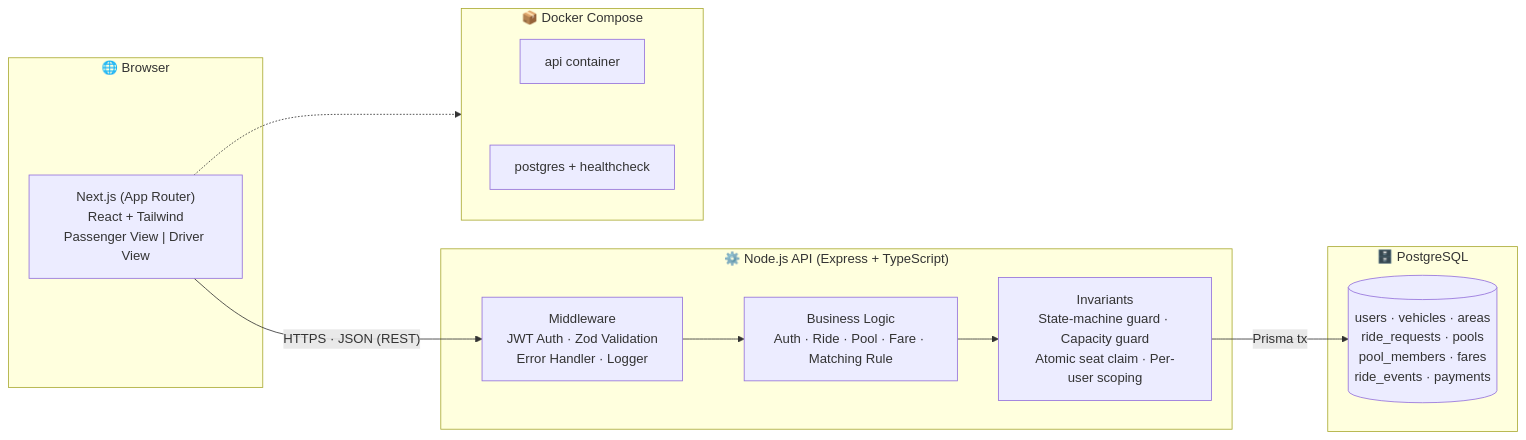
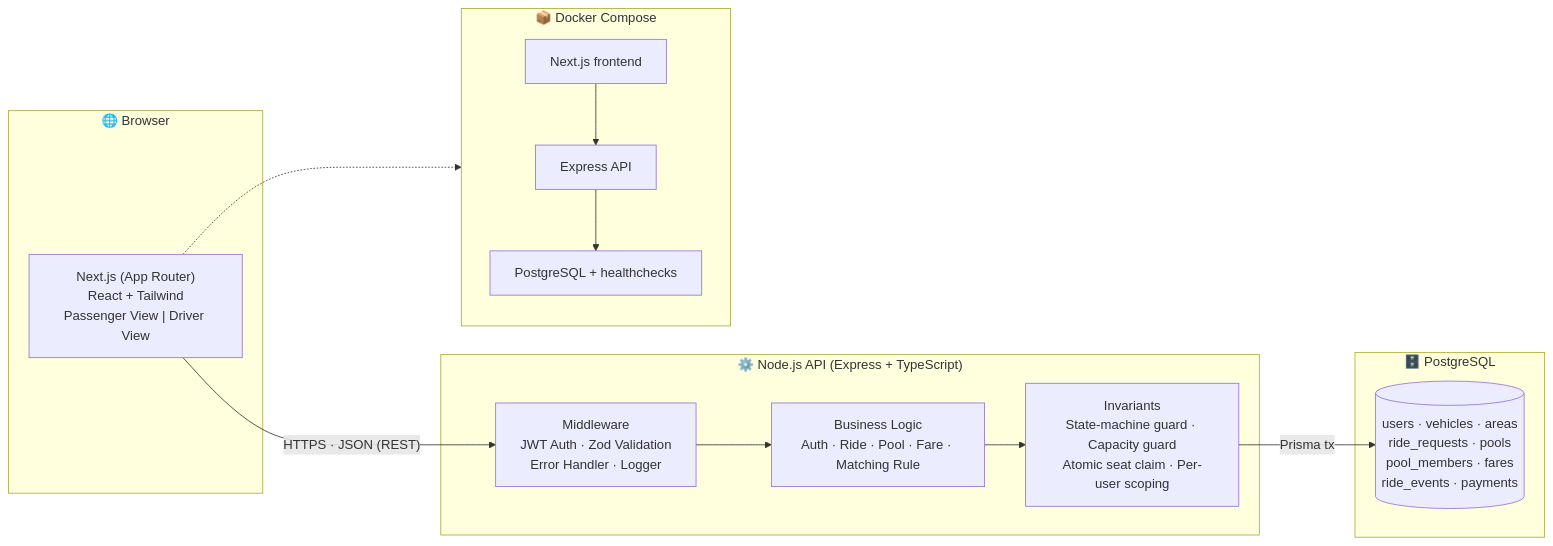
The first of 4 diagrams in README.md (Saiful1253/Dhaka-Tasla-Task), drawn with Mermaid before and after one commit. The commit also changed other lines of this file and 77 other files, not shown here.

````diff
--- a/README.md
+++ b/README.md
@@ -80,26 +88,26 @@
 ```mermaid
 flowchart LR
     subgraph Client["🌐 Browser"]
         UI["Next.js (App Router)\nReact + Tailwind\nPassenger View | Driver View"]
     end
 
     subgraph Server["⚙️ Node.js API (Express + TypeScript)"]
         MW["Middleware\nJWT Auth · Zod Validation\nError Handler · Logger"]
         SVC["Business Logic\nAuth · Ride · Pool · Fare · Matching Rule"]
         GUARD["Invariants\nState-machine guard · Capacity guard\nAtomic seat claim · Per-user scoping"]
     end
 
     subgraph Data["🗄️ PostgreSQL"]
         T[("users · vehicles · areas\nride_requests · pools\npool_members · fares\nride_events · payments")]
     end
 
     subgraph Ops["📦 Docker Compose"]
-        C1["api container"] ~~~ C2["postgres + healthcheck"]
+        C0["Next.js frontend"] --> C1["Express API"] --> C2["PostgreSQL + healthchecks"]
     end
 
     UI -- "HTTPS · JSON (REST)" --> MW
     MW --> SVC
     SVC --> GUARD
     GUARD -- "Prisma tx" --> T
     UI -.-> Ops
 ```
````
